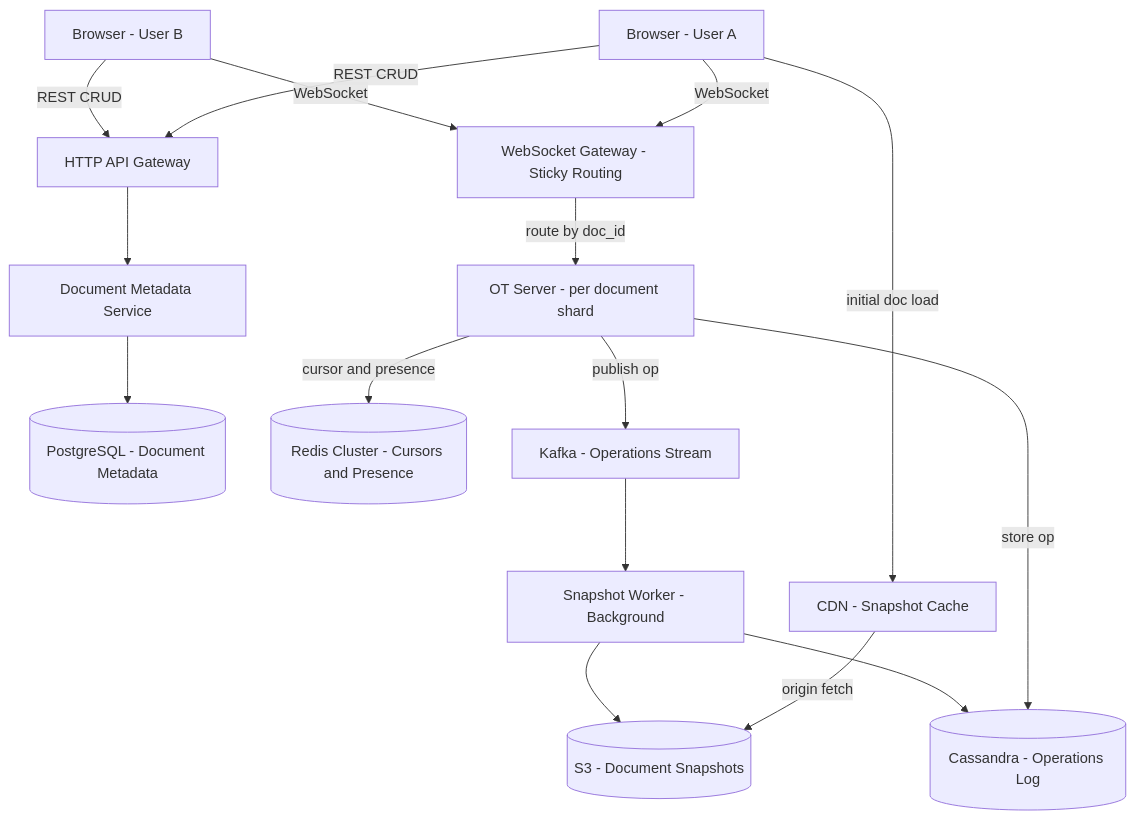
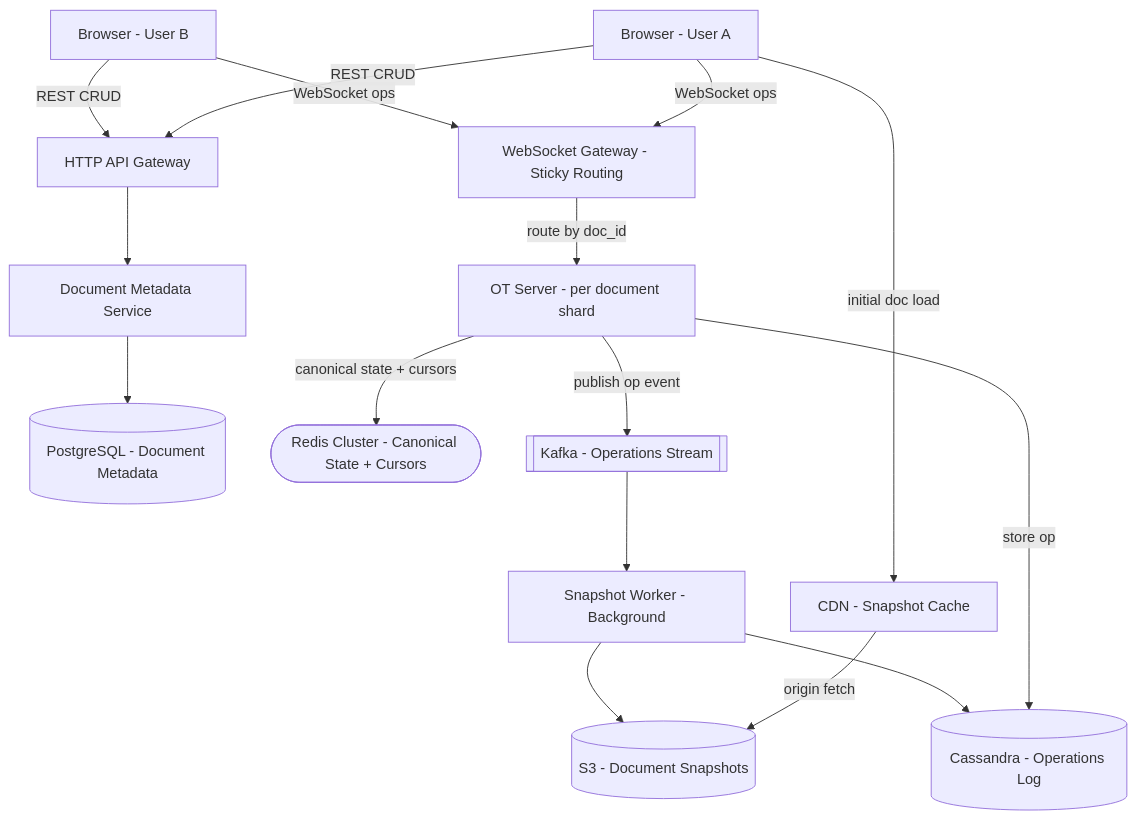
The second of 5 diagrams in system-design/latest & updated/google-docs.md (shyamalm88/MechineCoding), drawn with Mermaid before and after one commit. The commit also changed other lines of this file and 9 other files, not shown here.

````diff
--- a/system-design/latest & updated/google-docs.md
+++ b/system-design/latest & updated/google-docs.md
@@ -209,32 +177,32 @@
 ```mermaid
 graph TD
-    ClientA[Browser - User A]
-    ClientB[Browser - User B]
-    CDN[CDN - Snapshot Cache]
-    APIGW[HTTP API Gateway]
-    WSGW[WebSocket Gateway - Sticky Routing]
-    OT[OT Server - per document shard]
-    DocMeta[Document Metadata Service]
-    MetaDB[(PostgreSQL - Document Metadata)]
-    OpsLog[(Cassandra - Operations Log)]
-    SnapshotStore[(S3 - Document Snapshots)]
-    Redis[(Redis Cluster - Cursors and Presence)]
-    Kafka[Kafka - Operations Stream]
-    SnapshotWorker[Snapshot Worker - Background]
+    ClientA["Browser - User A"]
+    ClientB["Browser - User B"]
+    CDN["CDN - Snapshot Cache"]
+    APIGW["HTTP API Gateway"]
+    WSGW["WebSocket Gateway - Sticky Routing"]
+    OT["OT Server - per document shard"]
+    DocMeta["Document Metadata Service"]
+    MetaDB[("PostgreSQL - Document Metadata")]
+    OpsLog[("Cassandra - Operations Log")]
+    SnapshotStore[("S3 - Document Snapshots")]
+    Redis(["Redis Cluster - Canonical State + Cursors"])
+    Kafka[["Kafka - Operations Stream"]]
+    SnapshotWorker["Snapshot Worker - Background"]
 
     ClientA -- REST CRUD --> APIGW
     ClientB -- REST CRUD --> APIGW
-    ClientA -- WebSocket --> WSGW
-    ClientB -- WebSocket --> WSGW
+    ClientA -- WebSocket ops --> WSGW
+    ClientB -- WebSocket ops --> WSGW
     ClientA -- initial doc load --> CDN
     CDN -- origin fetch --> SnapshotStore
     APIGW --> DocMeta
     DocMeta --> MetaDB
     WSGW -- route by doc_id --> OT
     OT -- store op --> OpsLog
-    OT -- publish op --> Kafka
-    OT -- cursor and presence --> Redis
+    OT -- canonical state + cursors --> Redis
+    OT -- publish op event --> Kafka
     Kafka --> SnapshotWorker
     SnapshotWorker --> SnapshotStore
     SnapshotWorker --> OpsLog
 ```
````
